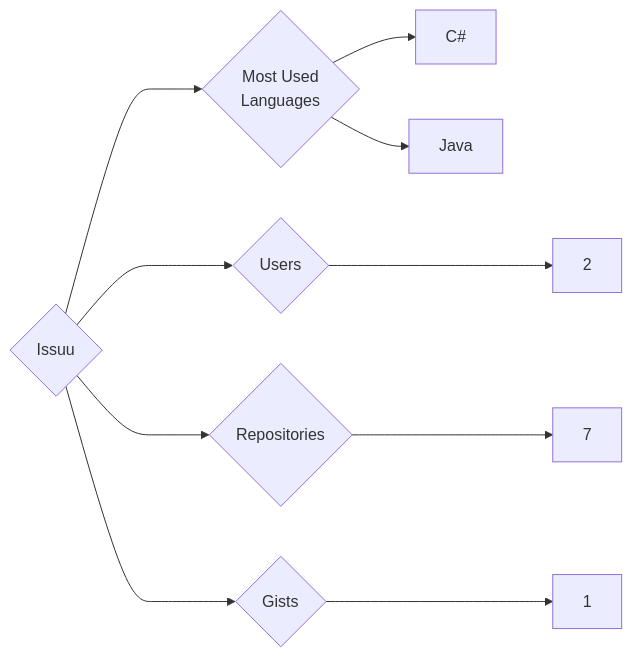
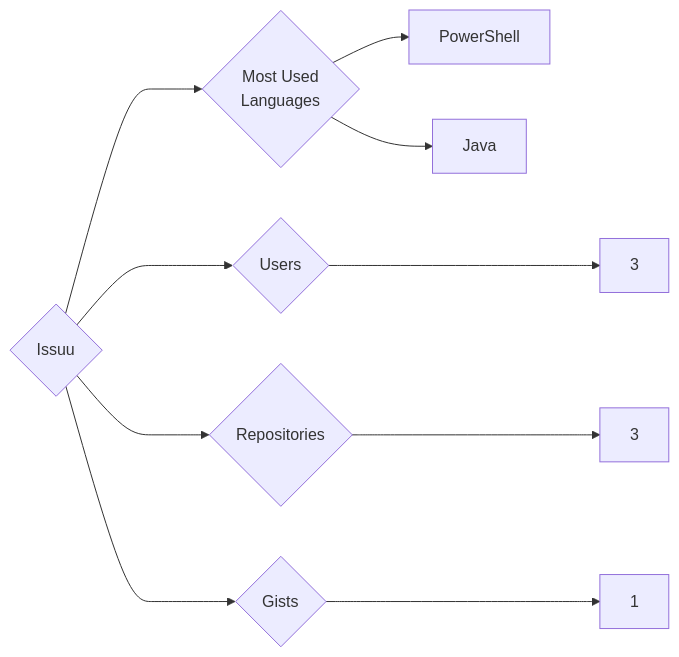
One commit to trickest/insiders changed the diagram in targets/Issuu/README.md. Above: the diagram before and after it, drawn with Mermaid. The commit also changed 1089 other files, not shown here.

````diff
--- a/targets/Issuu/README.md
+++ b/targets/Issuu/README.md
@@ -3,10 +3,10 @@
 ```mermaid
 graph LR
 COMPANY_NAME{Issuu}
-COMPANY_NAME ---> U{Users} ---> UN[2]
-COMPANY_NAME ---> R{Repositories} ---> RN[7]
+COMPANY_NAME ---> U{Users} ---> UN[3]
+COMPANY_NAME ---> R{Repositories} ---> RN[3]
 COMPANY_NAME ---> G{Gists} ---> GN[1]
 COMPANY_NAME ---> ML{Most Used<br>Languages}
-ML --> C#[C#]
+ML --> PowerShell[PowerShell]
 ML --> Java[Java]
 ```
````
